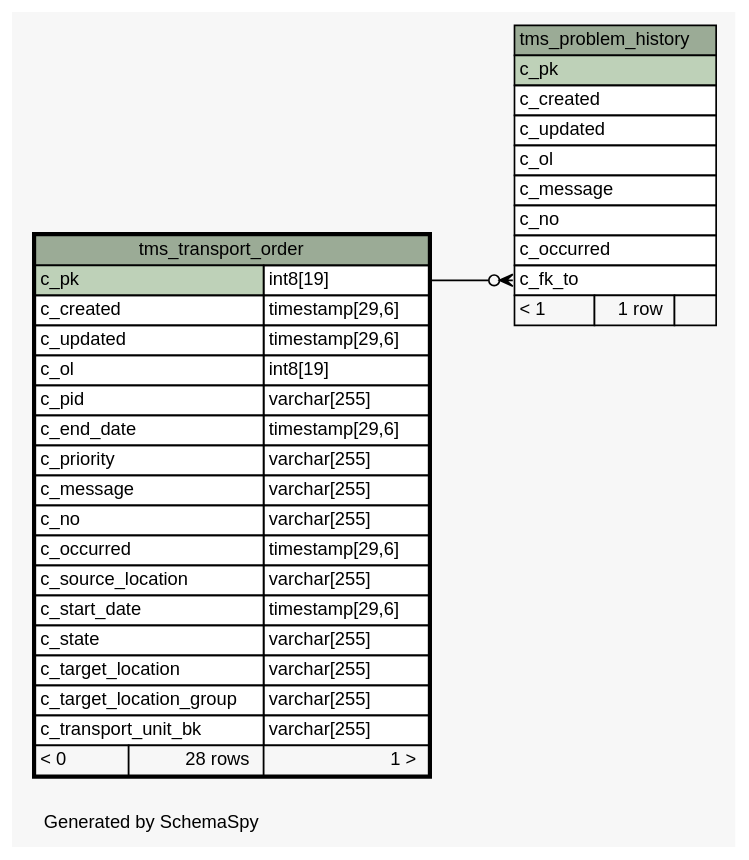
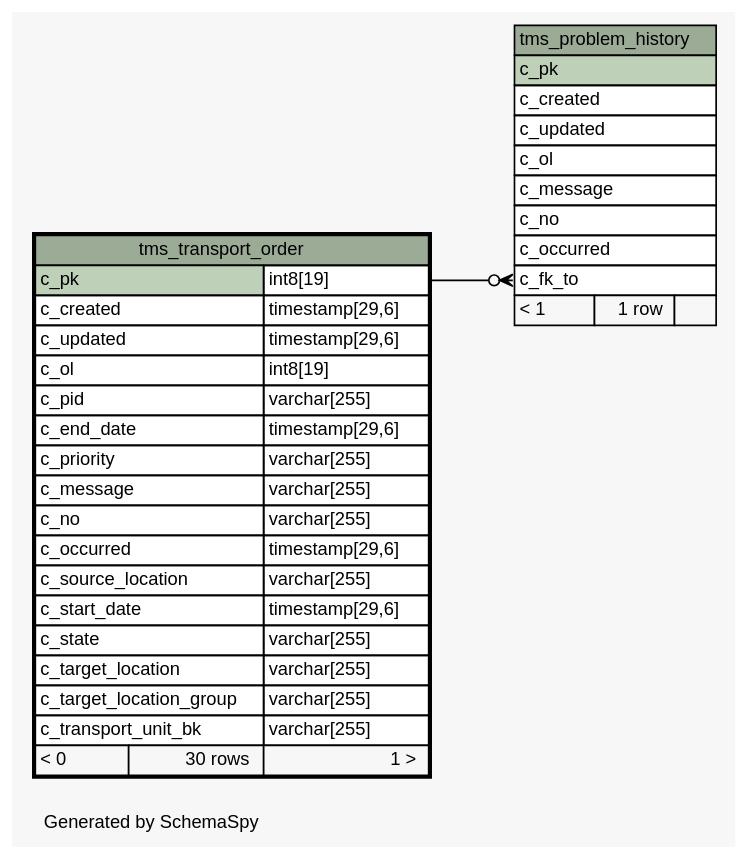
The diagram in schemaspy/diagrams/tms_transport_order.1degree.dot (openwms/org.openwms.tms.transportation), drawn with Graphviz before and after one commit. The commit also changed 317 other files, not shown here.

```diff
--- a/schemaspy/diagrams/tms_transport_order.1degree.dot
+++ b/schemaspy/diagrams/tms_transport_order.1degree.dot
@@ -1,65 +1,65 @@
 // dot 2.36.0 on Linux 4.4.0-101-generic
 // SchemaSpy rev Unknown
 digraph "oneDegreeRelationshipsDiagram" {
   graph [
     rankdir="RL"
     bgcolor="#f7f7f7"
     label="\nGenerated by SchemaSpy"
     labeljust="l"
     nodesep="0.18"
     ranksep="0.46"
     fontname="Helvetica"
     fontsize="11"
   ];
   node [
     fontname="Helvetica"
     fontsize="11"
     shape="plaintext"
   ];
   edge [
     arrowsize="0.8"
   ];
   "tms_problem_history":"c_fk_to":w -> "tms_transport_order":"c_pk.type":e [arrowhead=none dir=back arrowtail=crowodot];
   "tms_problem_history" [
     label=<
     <TABLE BORDER="0" CELLBORDER="1" CELLSPACING="0" BGCOLOR="#ffffff">
       <TR><TD COLSPAN="3" BGCOLOR="#9bab96" ALIGN="CENTER">tms_problem_history</TD></TR>
       <TR><TD PORT="c_pk" COLSPAN="3" BGCOLOR="#bed1b8" ALIGN="LEFT">c_pk</TD></TR>
       <TR><TD PORT="c_created" COLSPAN="3" ALIGN="LEFT">c_created</TD></TR>
       <TR><TD PORT="c_updated" COLSPAN="3" ALIGN="LEFT">c_updated</TD></TR>
       <TR><TD PORT="c_ol" COLSPAN="3" ALIGN="LEFT">c_ol</TD></TR>
       <TR><TD PORT="c_message" COLSPAN="3" ALIGN="LEFT">c_message</TD></TR>
       <TR><TD PORT="c_no" COLSPAN="3" ALIGN="LEFT">c_no</TD></TR>
       <TR><TD PORT="c_occurred" COLSPAN="3" ALIGN="LEFT">c_occurred</TD></TR>
       <TR><TD PORT="c_fk_to" COLSPAN="3" ALIGN="LEFT">c_fk_to</TD></TR>
       <TR><TD ALIGN="LEFT" BGCOLOR="#f7f7f7">&lt; 1</TD><TD ALIGN="RIGHT" BGCOLOR="#f7f7f7">1 row</TD><TD ALIGN="RIGHT" BGCOLOR="#f7f7f7">  </TD></TR>
     </TABLE>>
     URL="tms_problem_history.html"
     tooltip="tms_problem_history"
   ];
   "tms_transport_order" [
     label=<
     <TABLE BORDER="2" CELLBORDER="1" CELLSPACING="0" BGCOLOR="#ffffff">
       <TR><TD COLSPAN="3" BGCOLOR="#9bab96" ALIGN="CENTER">tms_transport_order</TD></TR>
       <TR><TD PORT="c_pk" COLSPAN="2" BGCOLOR="#bed1b8" ALIGN="LEFT">c_pk</TD><TD PORT="c_pk.type" ALIGN="LEFT">int8[19]</TD></TR>
       <TR><TD PORT="c_created" COLSPAN="2" ALIGN="LEFT">c_created</TD><TD PORT="c_created.type" ALIGN="LEFT">timestamp[29,6]</TD></TR>
       <TR><TD PORT="c_updated" COLSPAN="2" ALIGN="LEFT">c_updated</TD><TD PORT="c_updated.type" ALIGN="LEFT">timestamp[29,6]</TD></TR>
       <TR><TD PORT="c_ol" COLSPAN="2" ALIGN="LEFT">c_ol</TD><TD PORT="c_ol.type" ALIGN="LEFT">int8[19]</TD></TR>
       <TR><TD PORT="c_pid" COLSPAN="2" ALIGN="LEFT">c_pid</TD><TD PORT="c_pid.type" ALIGN="LEFT">varchar[255]</TD></TR>
       <TR><TD PORT="c_end_date" COLSPAN="2" ALIGN="LEFT">c_end_date</TD><TD PORT="c_end_date.type" ALIGN="LEFT">timestamp[29,6]</TD></TR>
       <TR><TD PORT="c_priority" COLSPAN="2" ALIGN="LEFT">c_priority</TD><TD PORT="c_priority.type" ALIGN="LEFT">varchar[255]</TD></TR>
       <TR><TD PORT="c_message" COLSPAN="2" ALIGN="LEFT">c_message</TD><TD PORT="c_message.type" ALIGN="LEFT">varchar[255]</TD></TR>
       <TR><TD PORT="c_no" COLSPAN="2" ALIGN="LEFT">c_no</TD><TD PORT="c_no.type" ALIGN="LEFT">varchar[255]</TD></TR>
       <TR><TD PORT="c_occurred" COLSPAN="2" ALIGN="LEFT">c_occurred</TD><TD PORT="c_occurred.type" ALIGN="LEFT">timestamp[29,6]</TD></TR>
       <TR><TD PORT="c_source_location" COLSPAN="2" ALIGN="LEFT">c_source_location</TD><TD PORT="c_source_location.type" ALIGN="LEFT">varchar[255]</TD></TR>
       <TR><TD PORT="c_start_date" COLSPAN="2" ALIGN="LEFT">c_start_date</TD><TD PORT="c_start_date.type" ALIGN="LEFT">timestamp[29,6]</TD></TR>
       <TR><TD PORT="c_state" COLSPAN="2" ALIGN="LEFT">c_state</TD><TD PORT="c_state.type" ALIGN="LEFT">varchar[255]</TD></TR>
       <TR><TD PORT="c_target_location" COLSPAN="2" ALIGN="LEFT">c_target_location</TD><TD PORT="c_target_location.type" ALIGN="LEFT">varchar[255]</TD></TR>
       <TR><TD PORT="c_target_location_group" COLSPAN="2" ALIGN="LEFT">c_target_location_group</TD><TD PORT="c_target_location_group.type" ALIGN="LEFT">varchar[255]</TD></TR>
       <TR><TD PORT="c_transport_unit_bk" COLSPAN="2" ALIGN="LEFT">c_transport_unit_bk</TD><TD PORT="c_transport_unit_bk.type" ALIGN="LEFT">varchar[255]</TD></TR>
-      <TR><TD ALIGN="LEFT" BGCOLOR="#f7f7f7">&lt; 0</TD><TD ALIGN="RIGHT" BGCOLOR="#f7f7f7">28 rows</TD><TD ALIGN="RIGHT" BGCOLOR="#f7f7f7">1 &gt;</TD></TR>
+      <TR><TD ALIGN="LEFT" BGCOLOR="#f7f7f7">&lt; 0</TD><TD ALIGN="RIGHT" BGCOLOR="#f7f7f7">30 rows</TD><TD ALIGN="RIGHT" BGCOLOR="#f7f7f7">1 &gt;</TD></TR>
     </TABLE>>
     URL="tms_transport_order.html"
     tooltip="tms_transport_order"
   ];
 }
```
